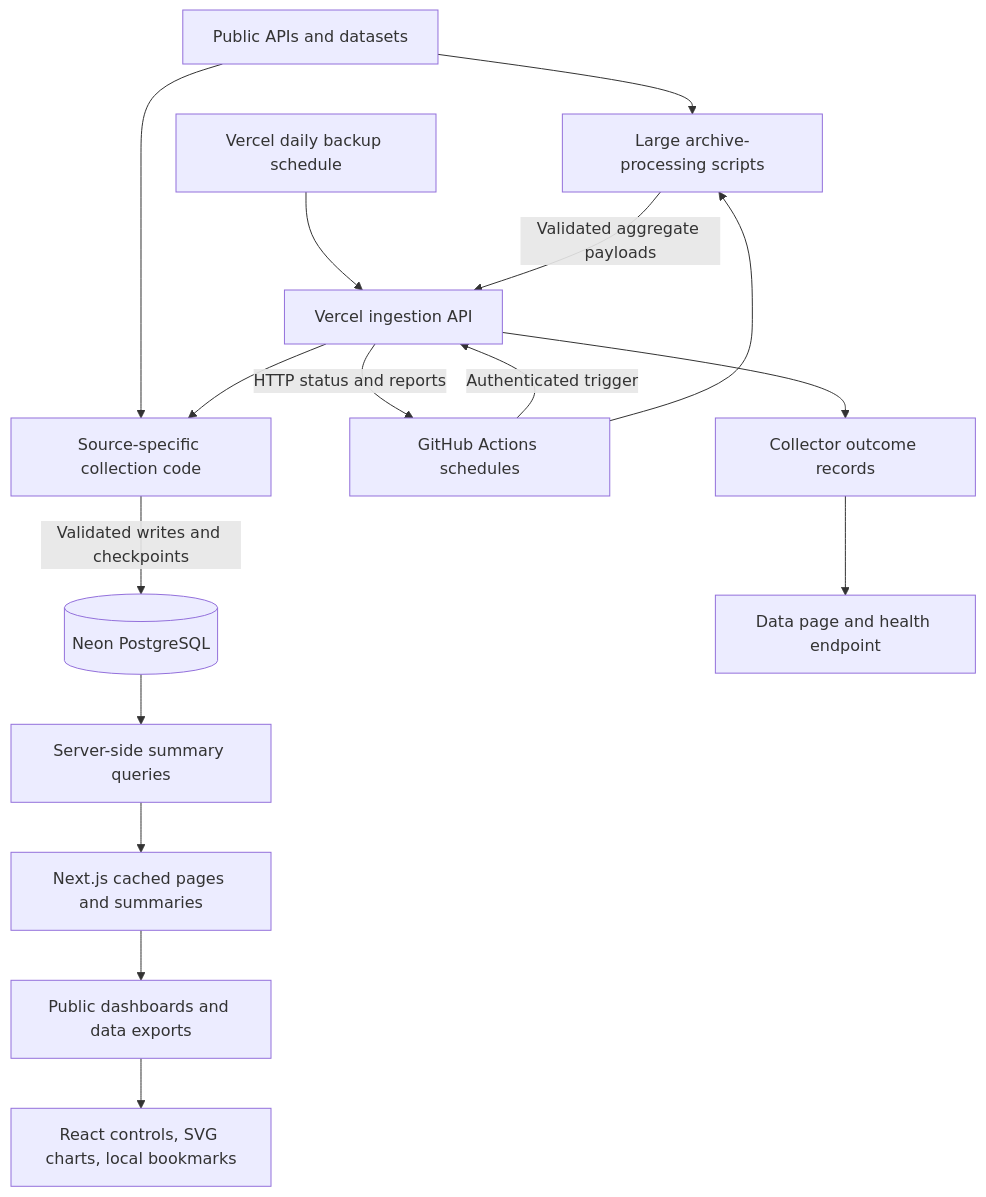
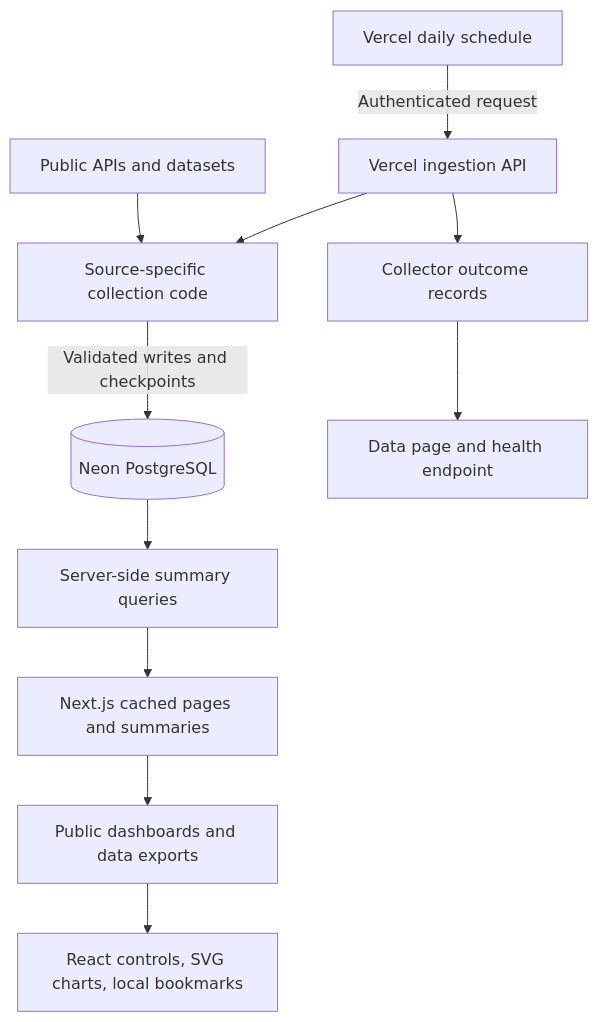
Before and after one commit to eshin087/gcdtracker: the diagram in docs/executive-overview.md, drawn with Mermaid. The commit also changed other lines of this file and 20 other files, not shown here.

Commit message:
Remove GitHub Actions automation and storage

````diff
--- a/docs/executive-overview.md
+++ b/docs/executive-overview.md
@@ -17,18 +17,13 @@
 ```mermaid
 flowchart TD
   Sources[Public APIs and datasets] --> Collectors[Source-specific collection code]
-  Actions[GitHub Actions schedules] -->|Authenticated trigger| Routes[Vercel ingestion API]
-  Cron[Vercel daily backup schedule] --> Routes
+  Cron[Vercel daily schedule] -->|Authenticated request| Routes[Vercel ingestion API]
   Routes --> Collectors
-  Actions --> Workers[Large archive-processing scripts]
-  Sources --> Workers
-  Workers -->|Validated aggregate payloads| Routes
   Collectors -->|Validated writes and checkpoints| DB[(Neon PostgreSQL)]
   DB --> Queries[Server-side summary queries]
   Queries --> Cache[Next.js cached pages and summaries]
   Cache --> UI[Public dashboards and data exports]
   UI --> Browser[React controls, SVG charts, local bookmarks]
   Routes --> Logs[Collector outcome records]
   Logs --> Health[Data page and health endpoint]
-  Routes -->|HTTP status and reports| Actions
 ```
````
